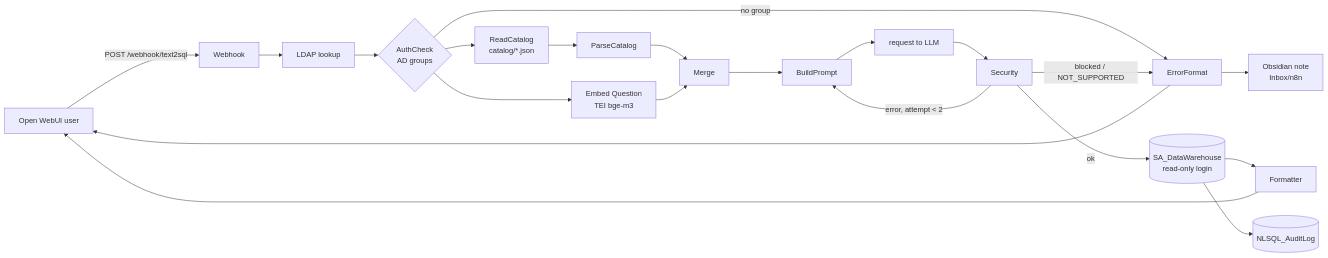
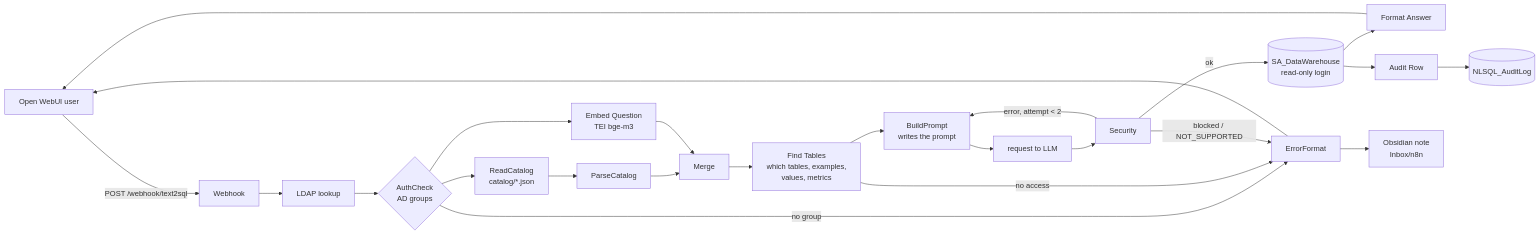
One commit to FarzanehGhasri/Text2SQL changed the diagram in obsidian/Architecture.md. Above: the diagram before and after it, drawn with Mermaid. The commit also changed other lines of this file and 21 other files, not shown here.

First line of the commit message:
n8n nodes: split BuildPrompt into Find Tables + BuildPrompt, fix the other nodes

````diff
--- a/obsidian/Architecture.md
+++ b/obsidian/Architecture.md
@@ -8,19 +8,21 @@
 ```mermaid
 flowchart LR
   U[Open WebUI user] -->|POST /webhook/text2sql| W[Webhook]
   W --> L[LDAP lookup] --> A{AuthCheck<br/>AD groups}
   A -->|no group| E[ErrorFormat]
   A --> RC[ReadCatalog<br/>catalog/*.json] --> PC[ParseCatalog]
   A --> EQ[Embed Question<br/>TEI bge-m3]
   PC --> M[Merge]
   EQ --> M
-  M --> BP[BuildPrompt]
+  M --> FT[Find Tables<br/>which tables, examples,<br/>values, metrics]
+  FT -->|no access| E
+  FT --> BP[BuildPrompt<br/>writes the prompt]
   BP --> LLM[request to LLM]
   LLM --> S[Security]
   S -->|ok| Q[(SA_DataWarehouse<br/>read-only login)]
   S -->|error, attempt < 2| BP
-  Q --> F[Formatter] --> U
-  Q --> AL[(NLSQL_AuditLog)]
+  Q --> F[Format Answer] --> U
+  Q --> AR[Audit Row] --> AL[(NLSQL_AuditLog)]
   S -->|blocked / NOT_SUPPORTED| E --> U
   E --> N[Obsidian note<br/>Inbox/n8n]
 ```
````
